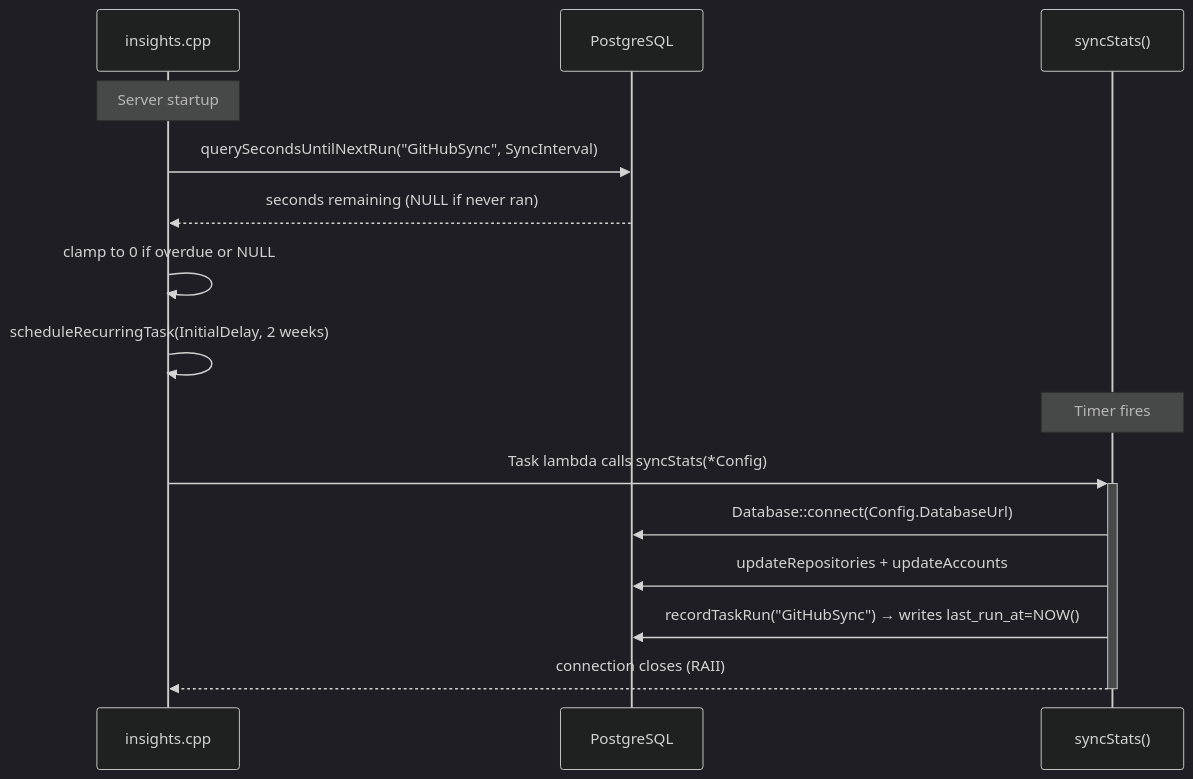
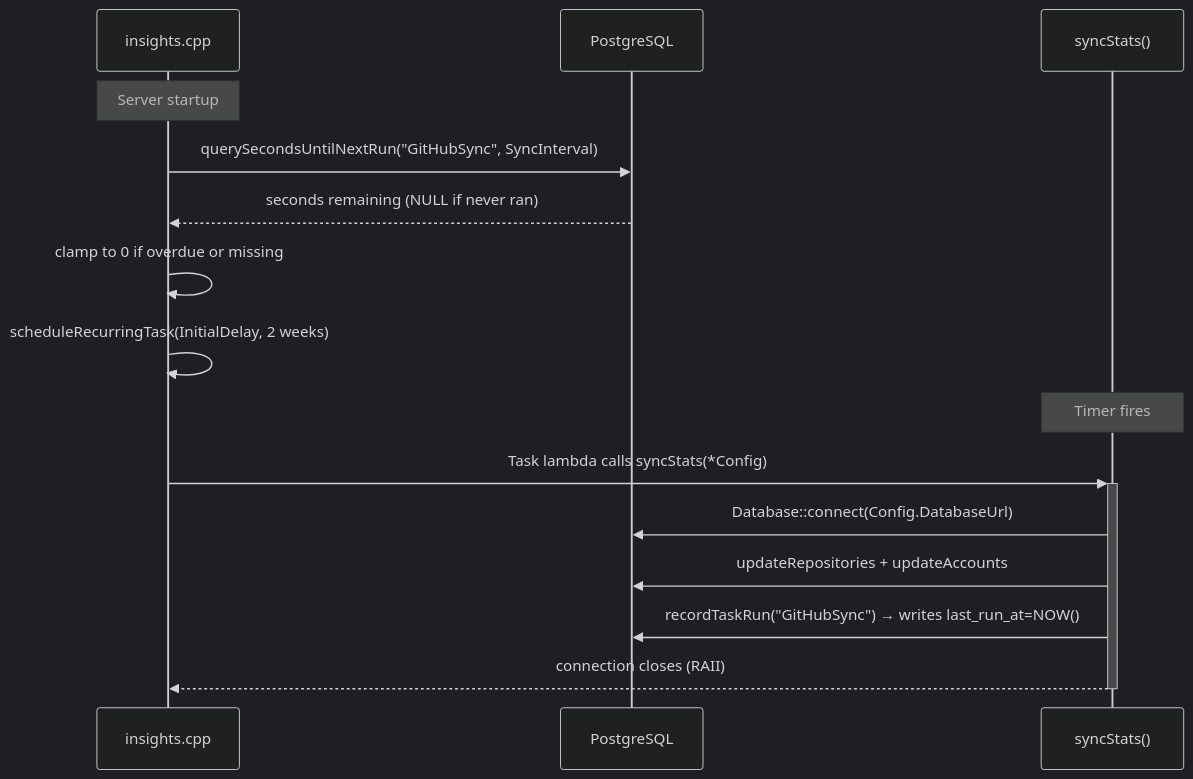
The diagram in docs/task-persistence.md (guzman109/icicle-insights), drawn with Mermaid (dark theme) before and after one commit. The commit also changed other lines of this file and 9 other files, not shown here.

````diff
--- a/docs/task-persistence.md
+++ b/docs/task-persistence.md
@@ -37,19 +40,19 @@
 ```mermaid
 sequenceDiagram
     participant App as insights.cpp
     participant DB as PostgreSQL
     participant Task as syncStats()
 
     Note over App: Server startup
     App->>DB: querySecondsUntilNextRun("GitHubSync", SyncInterval)
     DB-->>App: seconds remaining (NULL if never ran)
-    App->>App: clamp to 0 if overdue or NULL
+    App->>App: clamp to 0 if overdue or missing
     App->>App: scheduleRecurringTask(InitialDelay, 2 weeks)
 
     Note over Task: Timer fires
     App->>+Task: Task lambda calls syncStats(*Config)
     Task->>DB: Database::connect(Config.DatabaseUrl)
     Task->>DB: updateRepositories + updateAccounts
     Task->>DB: recordTaskRun("GitHubSync") → writes last_run_at=NOW()
     Task-->>-App: connection closes (RAII)
 ```
````
